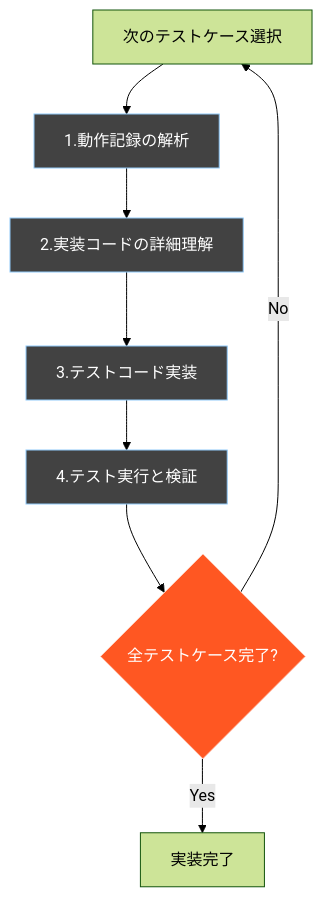
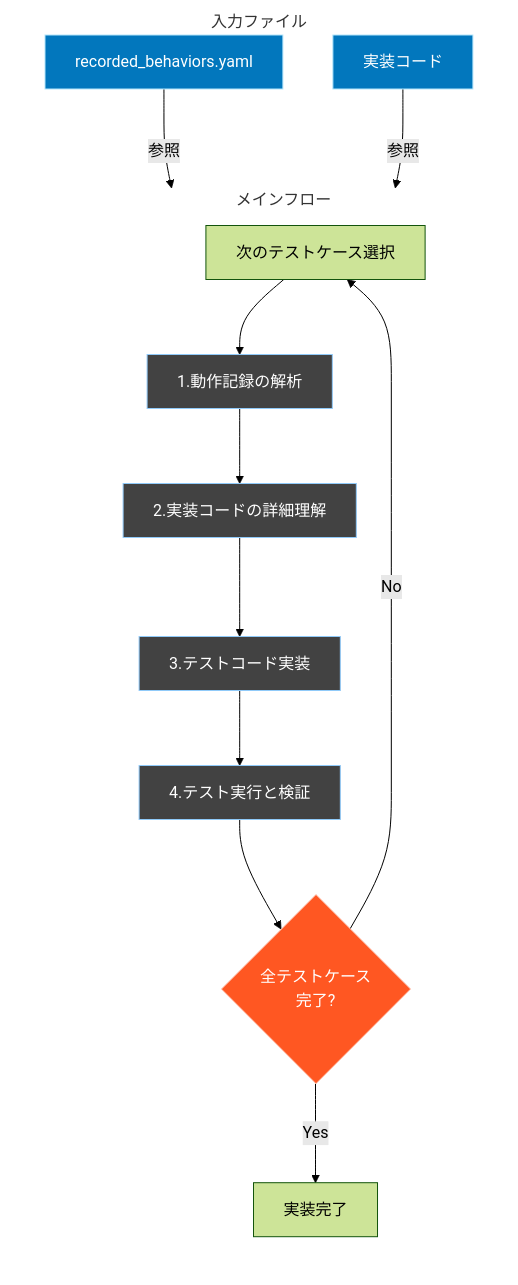
One commit to ryosuke911/WORKFLOW_SPEC_TEST changed the second of 2 diagrams in FLOW/WORKFLOW_SPEC_TEST_IMPLEMENTATION.md. Above: the diagram before and after it, drawn with Mermaid (forest theme). The commit also changed other lines of this file and 2 other files, not shown here.

````diff
--- a/FLOW/WORKFLOW_SPEC_TEST_IMPLEMENTATION.md
+++ b/FLOW/WORKFLOW_SPEC_TEST_IMPLEMENTATION.md
@@ -85,14 +85,42 @@
 ```mermaid
-graph TD
+graph TB
     %% スタイル定義
     classDef process fill:#424242,stroke:#90caf9,color:#fff
     classDef decision fill:#ff5722,stroke:#ffccbc,color:#fff
+    classDef input fill:#0277bd,stroke:#b3e5fc,color:#fff
     
+    %% メインフロー
     Start[次のテストケース選択] --> P1[1.動作記録の解析]:::process
     P1 --> P2[2.実装コードの詳細理解]:::process
     P2 --> P3[3.テストコード実装]:::process
     P3 --> P4[4.テスト実行と検証]:::process
-    P4 --> Decision{全テストケース完了?}:::decision
+    P4 --> Decision{全テストケース<br>完了?}:::decision
     Decision -->|No| Start
     Decision -->|Yes| End[実装完了]
+
+    %% 入力ファイルの関連付け（左側に配置）
+    RecordedBehaviors[recorded_behaviors.yaml]:::input --> |参照| P1
+    SourceCode[実装コード]:::input --> |参照| P2
+
+    %% レイアウト調整
+    subgraph inputs [入力ファイル]
+        RecordedBehaviors
+        SourceCode
+    end
+
+    %% 位置調整
+    subgraph main [メインフロー]
+        direction TB
+        Start
+        P1
+        P2
+        P3
+        P4
+        Decision
+        End
+    end
+
+    %% スタイル設定
+    style inputs fill:none,stroke:none
+    style main fill:none,stroke:none
 ```
````
